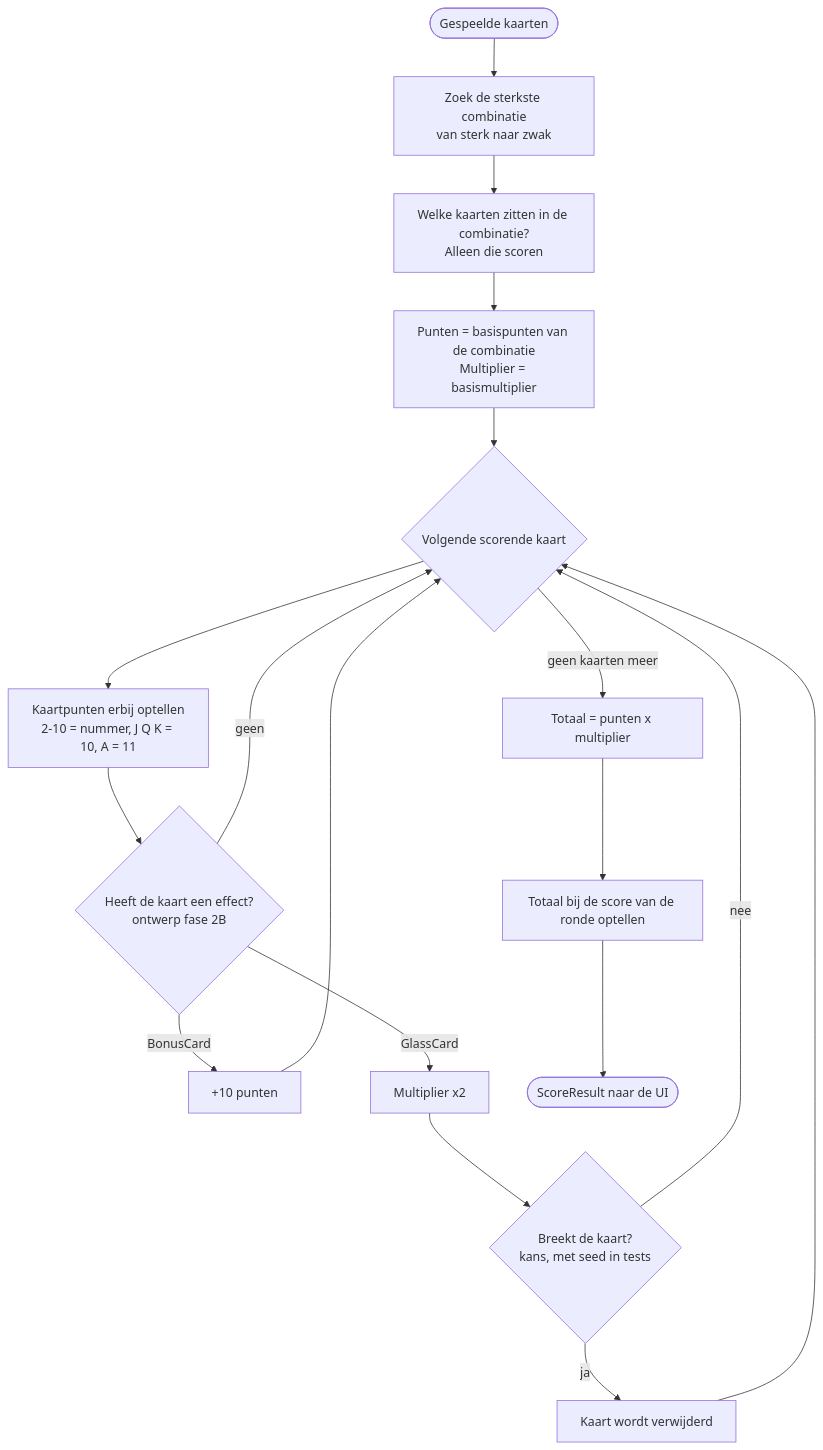
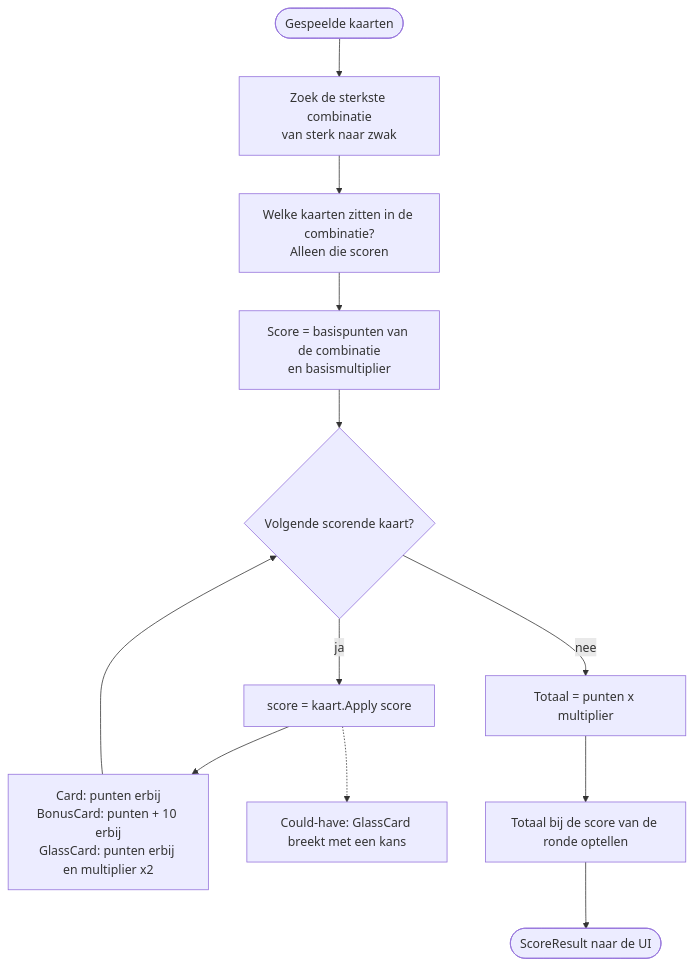
Before and after one commit to Esimaker/Balatro-Project: the second of 2 diagrams in docs/flowcharts.md, drawn with Mermaid. The commit also changed other lines of this file and 2 other files, not shown here.

Commit message:
README and diagrams: Score, ICard.Apply, GlassCard and ScoreCalculator

````diff
--- a/docs/flowcharts.md
+++ b/docs/flowcharts.md
@@ -42,17 +43,14 @@
 ```mermaid
 flowchart TD
     A([Gespeelde kaarten]) --> B[Zoek de sterkste combinatie<br/>van sterk naar zwak]
     B --> C[Welke kaarten zitten in de combinatie?<br/>Alleen die scoren]
-    C --> D[Punten = basispunten van de combinatie<br/>Multiplier = basismultiplier]
-    D --> E{Volgende scorende kaart}
-    E --> F[Kaartpunten erbij optellen<br/>2-10 = nummer, J Q K = 10, A = 11]
-    F --> G{Heeft de kaart een effect?<br/>ontwerp fase 2B}
-    G -- geen --> E
-    G -- BonusCard --> G1[+10 punten] --> E
-    G -- GlassCard --> G2[Multiplier x2] --> G3{Breekt de kaart?<br/>kans, met seed in tests}
-    G3 -- ja --> G4[Kaart wordt verwijderd] --> E
-    G3 -- nee --> E
-    E -- geen kaarten meer --> H[Totaal = punten x multiplier]
+    C --> D[Score = basispunten van de combinatie<br/>en basismultiplier]
+    D --> E{Volgende scorende kaart?}
+    E -- ja --> F[score = kaart.Apply score]
+    F --> F1[Card: punten erbij<br/>BonusCard: punten + 10 erbij<br/>GlassCard: punten erbij en multiplier x2]
+    F1 --> E
+    F -.-> G[Could-have: GlassCard breekt met een kans]
+    E -- nee --> H[Totaal = punten x multiplier]
     H --> I[Totaal bij de score van de ronde optellen]
     I --> J([ScoreResult naar de UI])
 ```
````
